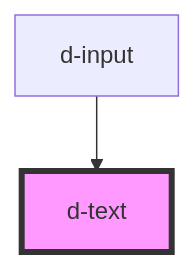
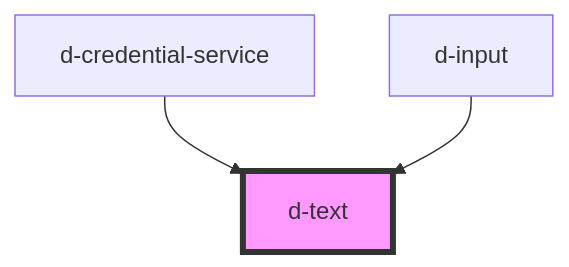
One commit to ForkbombEu/didroom-components changed the diagram in src/components/text/readme.md. Above: the diagram before and after it, drawn with Mermaid. The commit also changed other lines of this file and 3 other files, not shown here.

Commit message:
fix: credential service minicard

````diff
--- a/src/components/text/readme.md
+++ b/src/components/text/readme.md
@@ -23,5 +24,6 @@
 ```mermaid
 graph TD;
+  d-credential-service --> d-text
   d-input --> d-text
   style d-text fill:#f9f,stroke:#333,stroke-width:4px
 ```
````
